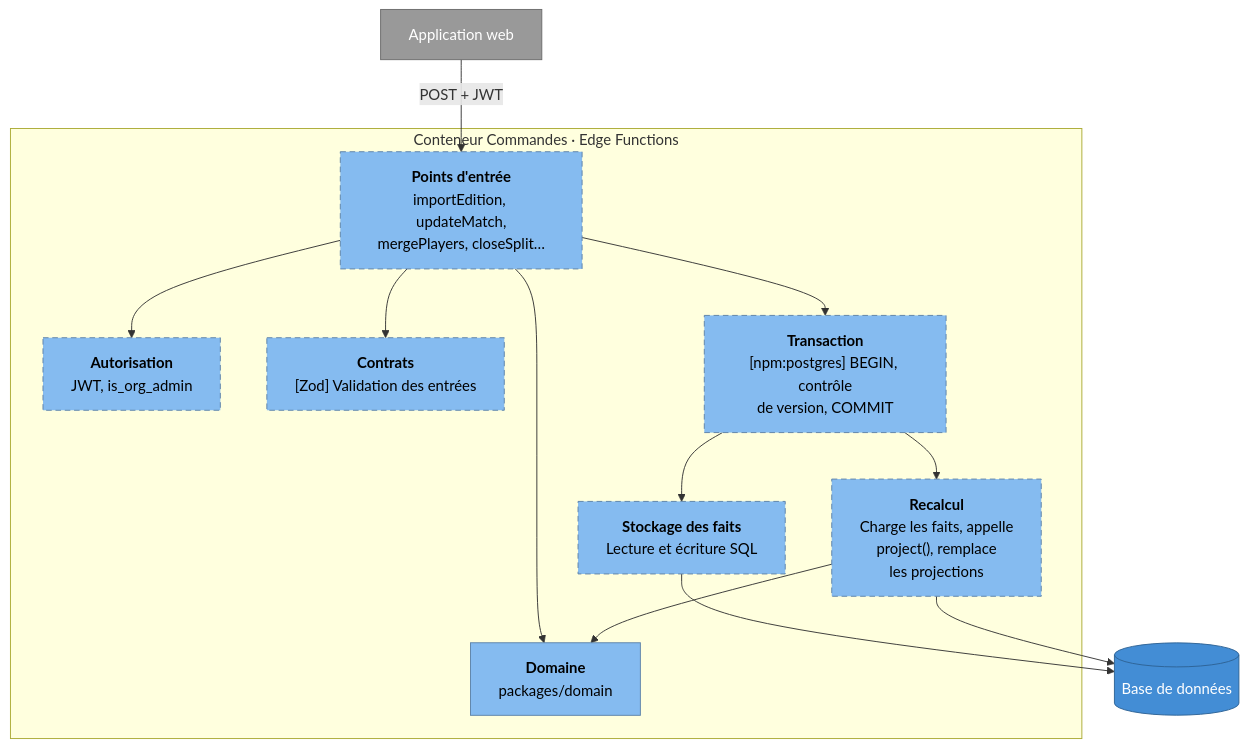
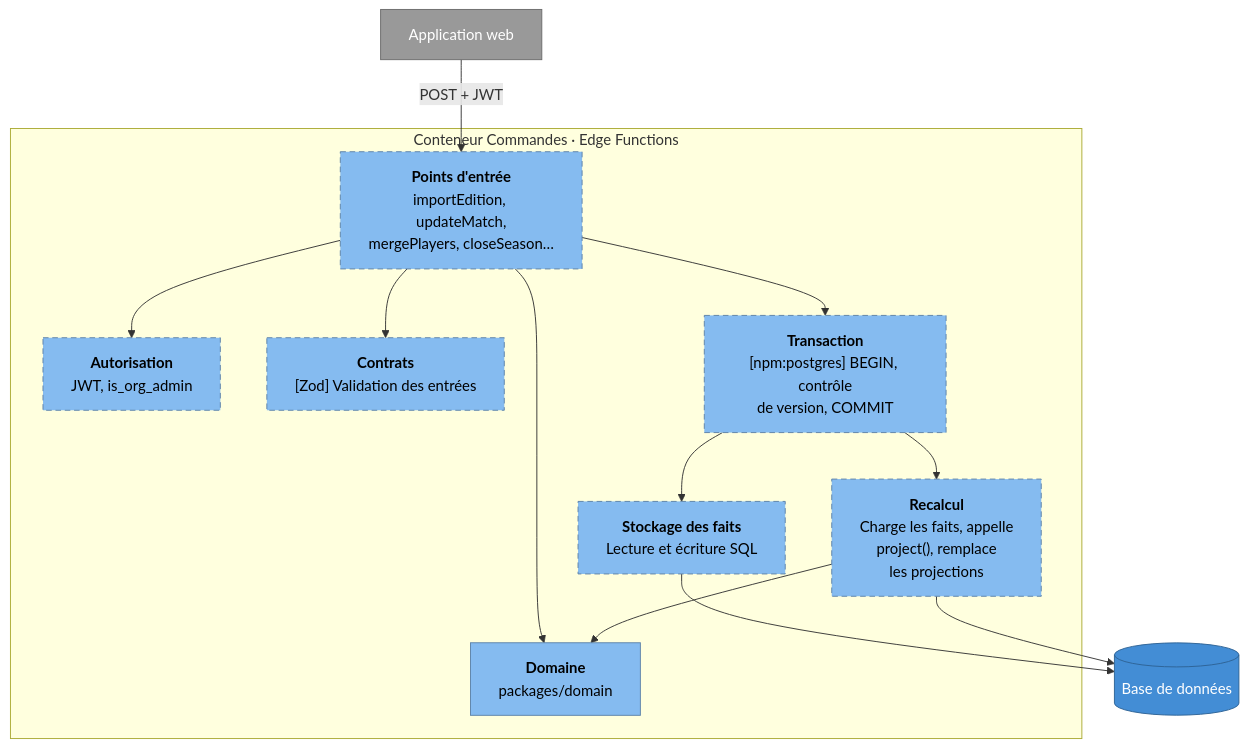
One commit to Charkx/Arrakard changed the fourth of 5 diagrams in docs/architecture/c4.md. Above: the diagram before and after it, drawn with Mermaid. The commit also changed other lines of this file and 5 other files, not shown here.

First line of the commit message:
docs: l'architecture décrit la saison seule

````diff
--- a/docs/architecture/c4.md
+++ b/docs/architecture/c4.md
@@ -127,32 +127,32 @@
 ```mermaid
 flowchart TB
   classDef planned fill:#85bbf0,stroke:#5d82a8,color:#000,stroke-dasharray:6 4
   classDef component fill:#85bbf0,stroke:#5d82a8,color:#000
   classDef external fill:#999,stroke:#6b6b6b,color:#fff
   classDef db fill:#438dd5,stroke:#2e6295,color:#fff
 
   web["Application web"]:::external
 
   subgraph commands["Conteneur Commandes · Edge Functions"]
-    handler["<b>Points d'entrée</b><br/>importEdition, updateMatch,<br/>mergePlayers, closeSplit…"]:::planned
+    handler["<b>Points d'entrée</b><br/>importEdition, updateMatch,<br/>mergePlayers, closeSeason…"]:::planned
     authz["<b>Autorisation</b><br/>JWT, is_org_admin"]:::planned
     contracts["<b>Contrats</b><br/>[Zod] Validation des entrées"]:::planned
     uow["<b>Transaction</b><br/>[npm:postgres] BEGIN, contrôle<br/>de version, COMMIT"]:::planned
     store["<b>Stockage des faits</b><br/>Lecture et écriture SQL"]:::planned
     recompute["<b>Recalcul</b><br/>Charge les faits, appelle<br/>project(), remplace<br/>les projections"]:::planned
     domain["<b>Domaine</b><br/>packages/domain"]:::component
   end
 
   db[("Base de données")]:::db
 
   web -->|"POST + JWT"| handler
   handler --> authz
   handler --> contracts
   handler --> uow
   handler --> domain
   uow --> store
   uow --> recompute
   recompute --> domain
   store --> db
   recompute --> db
 ```
````
